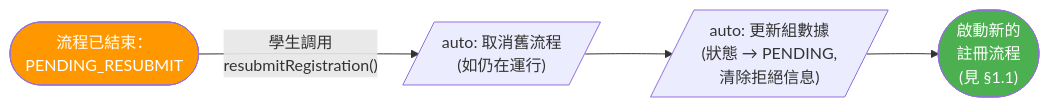
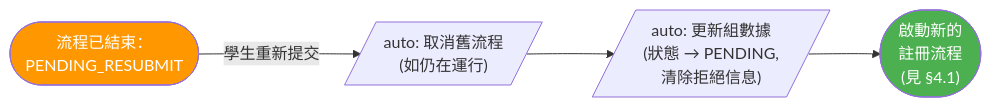
One commit to OneStar-Projects/SLAS-Docs changed the third of 6 diagrams in student-org-workflow-flowcharts.md. Above: the diagram before and after it, drawn with Mermaid. The commit also changed other lines of this file and 1 other file, not shown here.

````diff
--- a/student-org-workflow-flowcharts.md
+++ b/student-org-workflow-flowcharts.md
@@ -201,10 +243,10 @@
 ```mermaid
 flowchart LR
     Rejected(["流程已結束：<br/>PENDING_RESUBMIT"])
-    Rejected -->|"學生調用<br/>resubmitRegistration()"| Cancel[/"auto: 取消舊流程<br/>(如仍在運行)"/]
+    Rejected -->|"學生重新提交"| Cancel[/"auto: 取消舊流程<br/>(如仍在運行)"/]
     Cancel --> Update[/"auto: 更新組數據<br/>(狀態 → PENDING,<br/>清除拒絕信息)"/]
-    Update --> NewProcess(["啟動新的<br/>註冊流程<br/>(見 §1.1)"])
+    Update --> NewProcess(["啟動新的<br/>註冊流程<br/>(見 §4.1)"])
 
     style Rejected fill:#FF9800,color:#fff
     style NewProcess fill:#4CAF50,color:#fff
 ```
````
